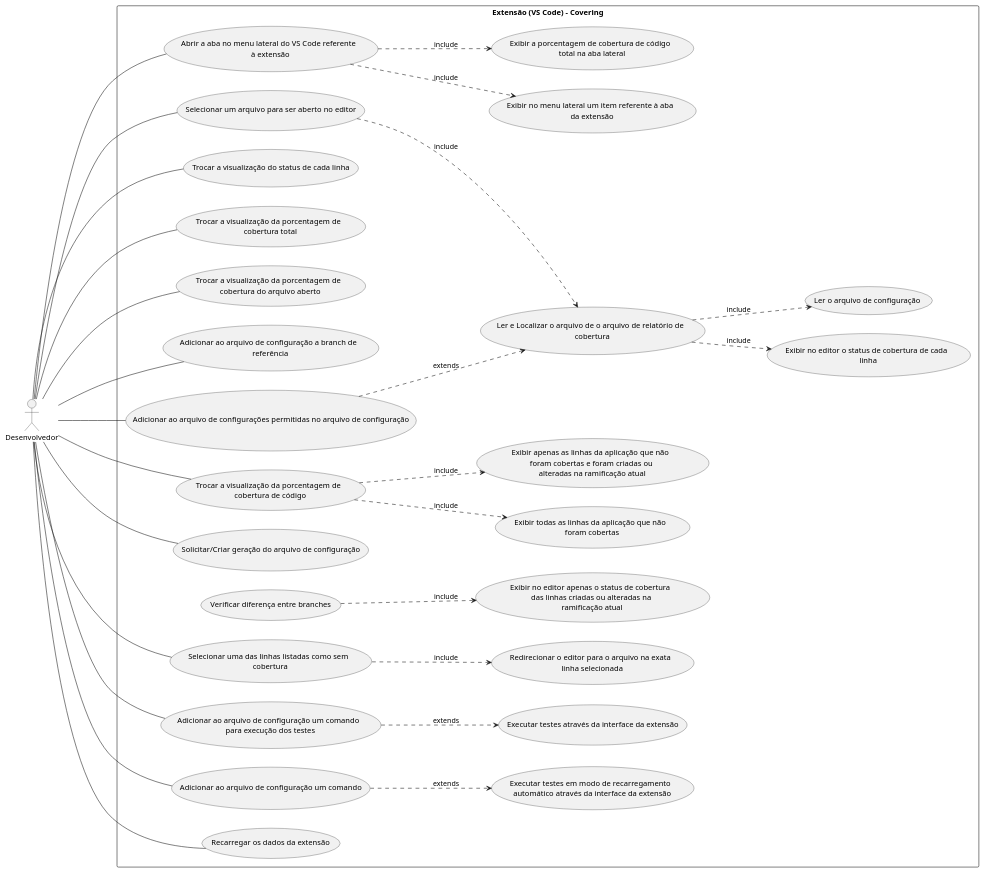
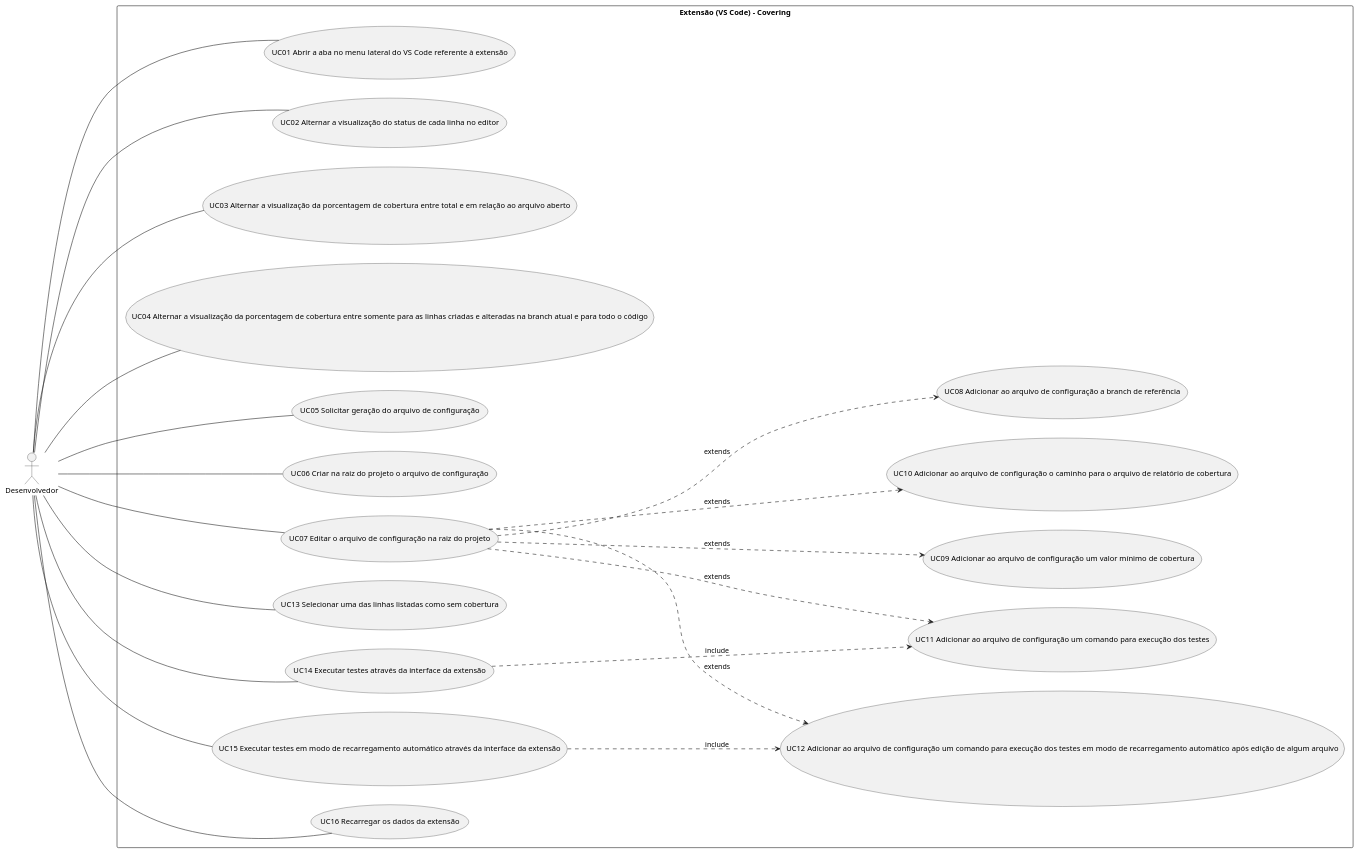
The diagram in Artefatos/Diagrama de Caso de Uso/user-case-diagram.plantuml (ICEI-PUC-Minas-PPLES-TI/plf-es-2022-1-tcci-5308100-dev-arthur-rocha-guilherme-oliveira), drawn with PlantUML before and after one commit.

Commit message:
docs: refact use case diagram

```diff
--- a/Artefatos/Diagrama de Caso de Uso/user-case-diagram.plantuml
+++ b/Artefatos/Diagrama de Caso de Uso/user-case-diagram.plantuml
@@ -1,106 +1,60 @@
 @startuml
 
 left to right direction
 skinparam packageStyle rectangle
 
+
 "Desenvolvedor" as Dev
-' "Visual Studio Code" as VSCode
 
 package "Extensão (VS Code) - Covering" {
-  ' "Inicializa a extensão" as (UC00)
-  ' "Ler o arquivo de o arquivo de relatório de \n cobertura" as (UC01)
-  ' "Localizar o arquivo de relatório de cobertura" as (UC02)
-  ' "Localizar de forma recursiva o arquivo de \n relatório de cobertura" as (UC02.1)
-  ' "Localizar o relatório de cobertura utilizando \n o caminho do arquivo de configuração" as (UC02.2)
-  "Ler e Localizar o arquivo de o arquivo de relatório de \n cobertura" as (UC01)
-  "Selecionar um arquivo para ser aberto no editor" as (UC02)
-  "Exibir no editor o status de cobertura de cada \n linha" as (UC03)
-  "Abrir a aba no menu lateral do VS Code referente \n à extensão" as (UC04)
-  "Exibir no menu lateral um item referente à aba \n da extensão" as (UC05)
-  "Exibir a porcentagem de cobertura de código \n total na aba lateral" as (UC06)
-  ' "Ativar a visualização do status de cada linha" as (UC07)
-  ' "Desativar a visualização do status de cada linha" as (UC09)
-  "Trocar a visualização do status de cada linha" as (UC07)
-  ' "Trocar a visualização da porcentagem de \n cobertura total para a porcentagem de \n cobertura do arquivo aberto" as (UC08)
-  "Trocar a visualização da porcentagem de \n cobertura total" as (UC08)
-  ' "Trocar a visualização da porcentagem de \n cobertura do arquivo aberto para a porcentagem \n de cobertura  total" as (UC09)
-  "Trocar a visualização da porcentagem de \n cobertura do arquivo aberto" as (UC09)
-  "Adicionar ao arquivo de configuração a branch de \n referência" as (UC10)
-  "Ler o arquivo de configuração" as (UC11)
-  ' "Ativar a visualização da porcentagem de \n cobertura de código para as linhas criadas e \n alteradas na branch atual" as (UC14)
-  ' "Desativar a visualização da porcentagem de \n cobertura de código para as linhas criadas \n e alteradas na branch atual" as (UC12)
-  "Trocar a visualização da porcentagem de \n cobertura de código" as (UC12)
-  "Verificar diferença entre branches" as (UC14)
-  "Exibir no editor apenas o status de cobertura \n das linhas criadas ou alteradas na \n ramificação atual" as (UC15)
-  "Solicitar/Criar geração do arquivo de configuração" as (UC16)
-  ' "Criar na raiz do projeto o arquivo de configuração" as (UC19)
-  ' "Adicionar ao arquivo de configuração um valor \n mínimo de cobertura" as (UC20)
-  ' "Adicionar ao arquivo de configuração o caminho \n para o arquivo de relatório de cobertura" as (UC17)
-  "Adicionar ao arquivo de configurações permitidas no arquivo de configuração" as (UC17)
-  "Exibir todas as linhas da aplicação que não \n foram cobertas" as (UC18)
-  "Exibir apenas as linhas da aplicação que não \n foram cobertas e foram criadas ou \n alteradas na ramificação atual" as (UC19)
-  "Selecionar uma das linhas listadas como sem \n cobertura" as (UC20)
-  "Redirecionar o editor para o arquivo na exata \n linha selecionada" as (UC21)
-  "Adicionar ao arquivo de configuração um comando \n para execução dos testes" as (UC22)
-  "Executar testes através da interface da extensão" as (UC23)
-  ' "Adicionar ao arquivo de configuração um comando \n para execução dos testes em modo de \n recarregamento automático após edição de algum arquivo" as (UC24)
-  "Adicionar ao arquivo de configuração um comando" as (UC24)
-  "Executar testes em modo de recarregamento \n automático através da interface da extensão" as (UC25)
-  "Recarregar os dados da extensão" as (UC26)
+  "UC01 Abrir a aba no menu lateral do VS Code referente à extensão" as (UC01)
+  
+  "UC02 Alternar a visualização do status de cada linha no editor" as (UC02)
+  "UC03 Alternar a visualização da porcentagem de cobertura entre total e em relação ao arquivo aberto" as (UC03)
+  "UC04 Alternar a visualização da porcentagem de cobertura entre somente para as linhas criadas e alteradas na branch atual e para todo o código" as (UC04)
+  
+  "UC05 Solicitar geração do arquivo de configuração" as (UC05)
+  "UC06 Criar na raiz do projeto o arquivo de configuração" as (UC06)
+  "UC07 Editar o arquivo de configuração na raiz do projeto" as (UC07)
+  
+  "UC08 Adicionar ao arquivo de configuração a branch de referência" as (UC08)
+  "UC09 Adicionar ao arquivo de configuração um valor mínimo de cobertura" as (UC09)
+  "UC10 Adicionar ao arquivo de configuração o caminho para o arquivo de relatório de cobertura" as (UC10)
+  "UC11 Adicionar ao arquivo de configuração um comando para execução dos testes" as (UC11)
+  "UC12 Adicionar ao arquivo de configuração um comando para execução dos testes em modo de recarregamento automático após edição de algum arquivo" as (UC12)
+  
+  "UC13 Selecionar uma das linhas listadas como sem cobertura" as (UC13)
+
+  "UC14 Executar testes através da interface da extensão" as (UC14)
+  "UC15 Executar testes em modo de recarregamento automático através da interface da extensão" as (UC15)
+
+  "UC16 Recarregar os dados da extensão" as (UC16)
 }
+ 
+Dev --- (UC01) 
 
-' VSCode --- (UC00)
-' (UC00) ..> (UC01) : include
+Dev --- (UC02) 
+Dev --- (UC03) 
+Dev --- (UC04)
 
-(UC01) ..> (UC11) : include
+Dev --- (UC05) 
+Dev --- (UC06) 
+Dev --- (UC07) 
 
-Dev --- (UC02)
-(UC02) ..> (UC01) : include
-(UC01) ..> (UC03) : include
-' (UC01) ..> (UC02) : include
-
-' (UC02) ..> (UC02.1) : extends
-' (UC02) ..> (UC02.2) : extends
-
-Dev --- (UC04)
-(UC04) ..> (UC05) : include
-(UC04) ..> (UC06) : include
-
-Dev --- (UC07)
-' Dev --- (UC09)
-
-Dev --- (UC08)
-Dev --- (UC09)
-
-Dev --- (UC10)
-' Dev --- (UC20)
-Dev --- (UC17)
-Dev --- (UC22)
-Dev --- (UC24)
-
-(UC17) ..> (UC01) : extends
-
-' Dev --- (UC14)
-Dev --- (UC12)
-
-' (UC12) ..> (UC14) : include
-(UC14) ..> (UC15) : include
-(UC12) ..> (UC19) : include
-
-Dev --- (UC16)
-' Dev --- (UC19)
-
-(UC12) ..> (UC18) : include
-
-Dev --- (UC20)
-(UC20) ..> (UC21) : include
-
-(UC22) ..> (UC23) : extends
-(UC24) ..> (UC25) : extends
-
-Dev --- (UC26)
-' (UC26) --|> (UC00)
-' (UC01) .> (UC02) : include
-' (UC02) .> (UC01) : extends
-
+(UC07) ..down..> (UC08) : extends
+(UC07) ..down..> (UC09) : extends
+(UC07) ..down..> (UC10) : extends
+(UC07) ..down..> (UC11) : extends
+(UC07) ..down..> (UC12) : extends
+ 
+ 
+Dev --- (UC13) 
+ 
+Dev --- (UC14) 
+Dev --- (UC15) 
+(UC14) ..down..> (UC11) : include 
+(UC15) ..down..> (UC12) : include 
+ 
+Dev --- (UC16) 
+ 
 @enduml
```
